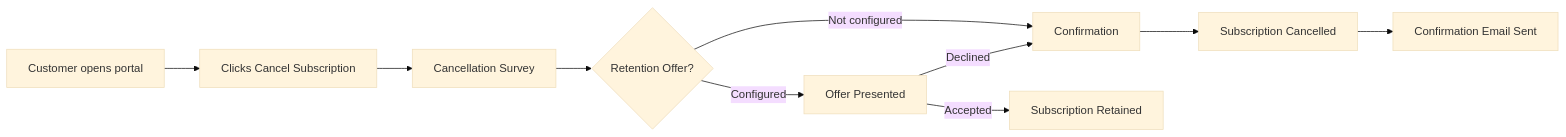
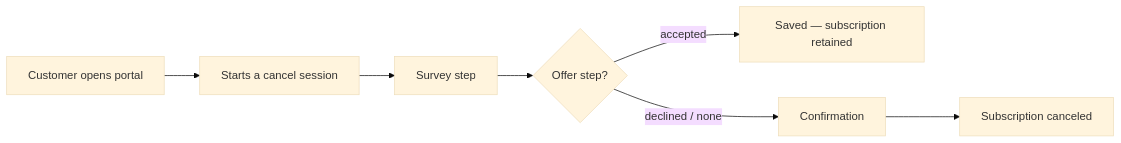
Before and after one commit to swapnull-in/docs: the diagram in portal/cancel-self-service.mdx, drawn with Mermaid (base theme). The commit also changed other lines of this file and 5 other files, not shown here.

````diff
--- a/portal/cancel-self-service.mdx
+++ b/portal/cancel-self-service.mdx
@@ -12,12 +15,9 @@
 ```mermaid
 flowchart LR
-    A[Customer opens portal] --> B[Clicks Cancel Subscription]
-    B --> C[Cancellation Survey]
-    C --> D{Retention Offer?}
-    D -->|Configured| E[Offer Presented]
-    D -->|Not configured| F[Confirmation]
-    E -->|Accepted| G[Subscription Retained]
-    E -->|Declined| F
-    F --> H[Subscription Cancelled]
-    H --> I[Confirmation Email Sent]
+    A[Customer opens portal] --> B[Starts a cancel session]
+    B --> C[Survey step]
+    C --> D{Offer step?}
+    D -->|accepted| G[Saved — subscription retained]
+    D -->|declined / none| F[Confirmation]
+    F --> H[Subscription canceled]
 ```
````
